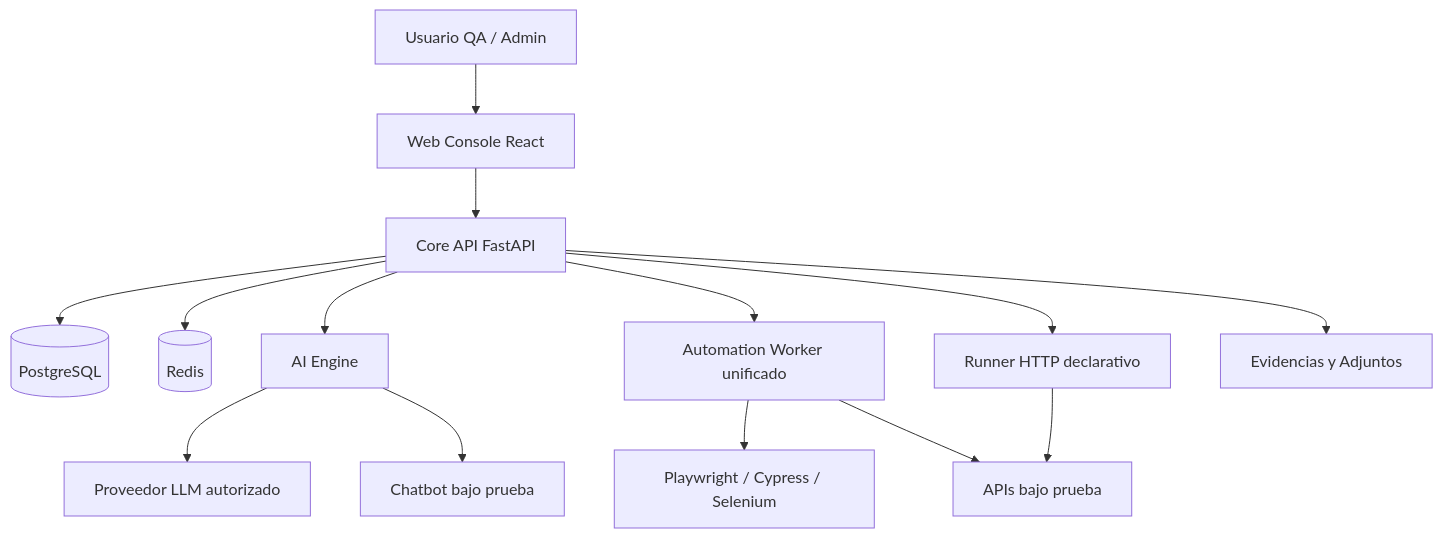
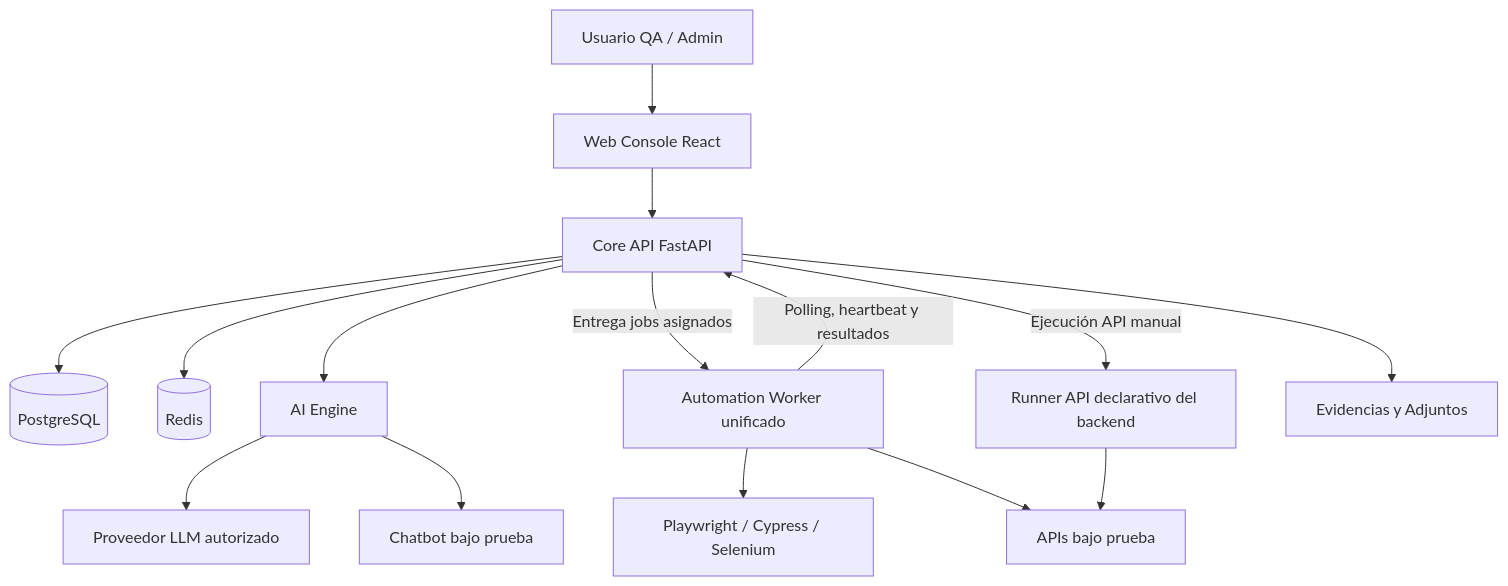
Before and after one commit to treseko/treseko-platform: the third of 3 diagrams in README.md, drawn with Mermaid. The commit also changed other lines of this file and 220 other files, not shown here.

````diff
--- a/README.md
+++ b/README.md
@@ -158,16 +142,17 @@
 ```mermaid
 flowchart TB
   U[Usuario QA / Admin] --> FE[Web Console React]
   FE --> API[Core API FastAPI]
   API --> DB[(PostgreSQL)]
   API --> REDIS[(Redis)]
   API --> ENGINE[AI Engine]
-  API --> WORKER[Automation Worker unificado]
-  API --> HTTP[Runner HTTP declarativo]
+  API -->|Entrega jobs asignados| WORKER[Automation Worker unificado]
+  WORKER -->|Polling, heartbeat y resultados| API
+  API -->|Ejecución API manual| HTTP[Runner API declarativo del backend]
   ENGINE --> LLM[Proveedor LLM autorizado]
   ENGINE --> CHATBOT[Chatbot bajo prueba]
   WORKER --> BROWSERS[Playwright / Cypress / Selenium]
   WORKER --> APIS[APIs bajo prueba]
   HTTP --> APIS
   API --> STORAGE[Evidencias y Adjuntos]
 ```
````
